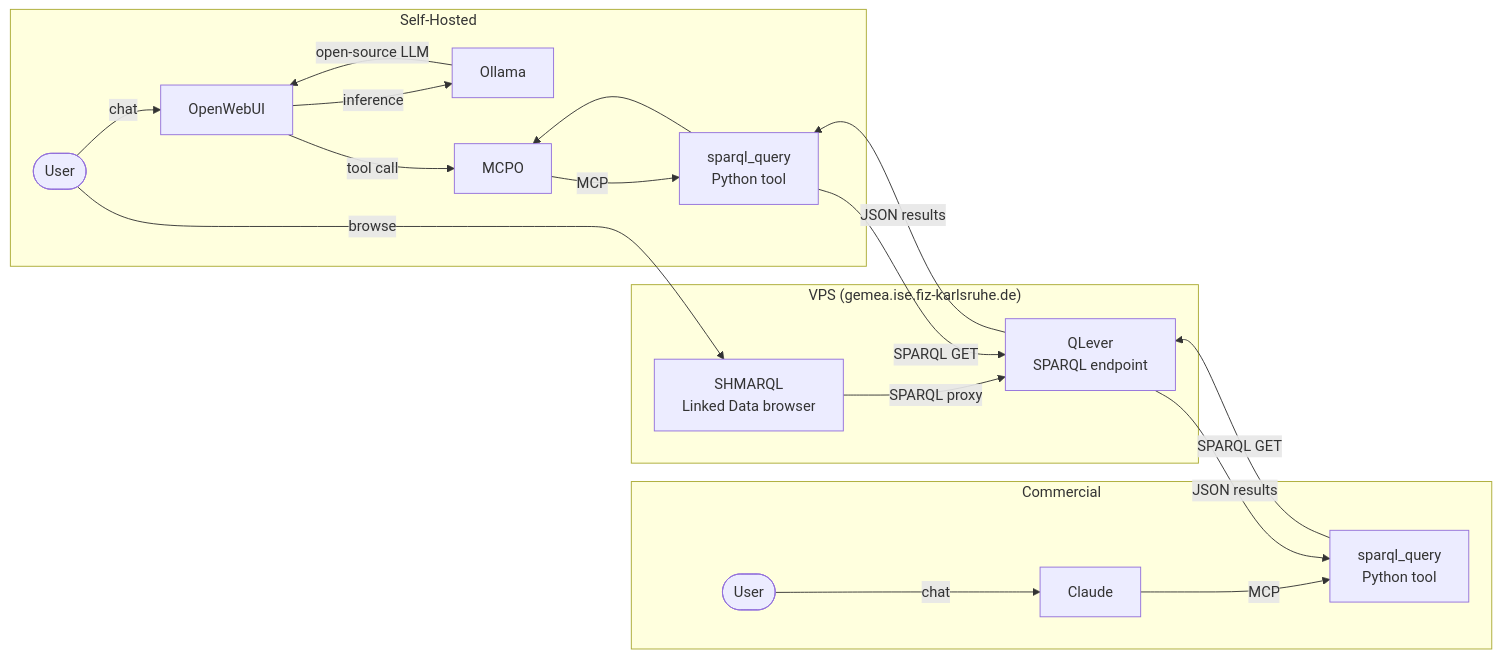
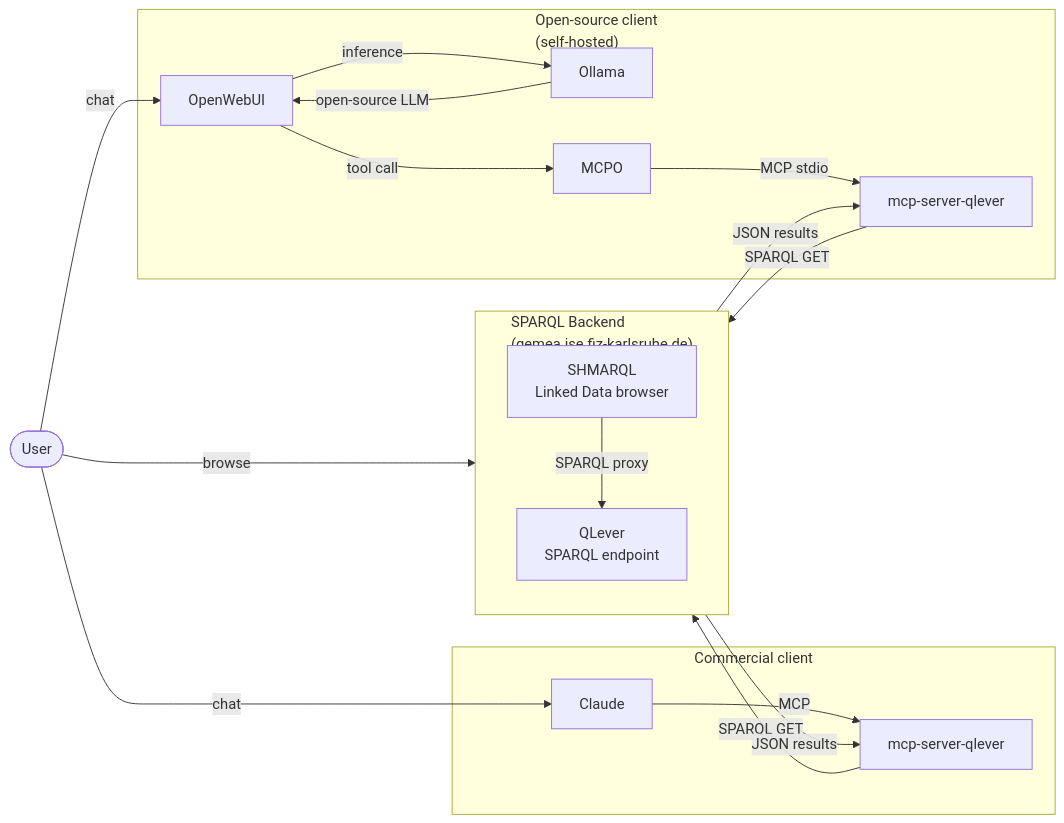
Before and after one commit to anntanp/gemea: the diagram in README.md, drawn with Mermaid. The commit also changed other lines of this file, not shown here.

Commit message:
copied .yml and setup details from https://github.com/anntanp/goethe-faust

````diff
--- a/README.md
+++ b/README.md
@@ -71,28 +72,36 @@
 ```mermaid
 flowchart LR
-    subgraph SH["Self-Hosted"]
-        User([User]) -->|chat| OW[OpenWebUI]
-        OW -->|inference| OL[Ollama]
-        OL -->|open-source LLM| OW
-        OW -->|tool call| MCPO[MCPO]
-        MCPO -->|MCP| T[sparql_query\nPython tool]
-    end
+    User([User])
 
-    subgraph CC["Commercial"]
-        UserC([User]) -->|chat| CL[Claude]
-        CL -->|MCP| TC[sparql_query\nPython tool]
-    end
-
-    subgraph VPS["VPS (gemea.ise.fiz-karlsruhe.de)"]
+    subgraph SPARQL["SPARQL Backend\n(gemea.ise.fiz-karlsruhe.de)"]
+        direction TB
         QL[QLever\nSPARQL endpoint]
         SHMARQL[SHMARQL\nLinked Data browser]
         SHMARQL -->|SPARQL proxy| QL
     end
 
+    subgraph COM["Commercial client"]
+        CL[Claude]
+        TC[mcp-server-qlever]
+        CL -->|MCP| TC
+    end
+
+    subgraph OSS["Open-source client\n(self-hosted)"]
+        OW[OpenWebUI]
+        OL[Ollama]
+        MCPO[MCPO]
+        T[mcp-server-qlever]
+        OW -->|inference| OL
+        OL -->|open-source LLM| OW
+        OW -->|tool call| MCPO
+        MCPO -->|MCP stdio| T
+    end
+
+    User -->|chat| CL
+    User -->|chat| OW
+    User -->|browse| SHMARQL
+    TC -->|SPARQL GET| QL
+    QL -->|JSON results| TC
     T -->|SPARQL GET| QL
     QL -->|JSON results| T
-    T --> MCPO
-    TC -->|SPARQL GET| QL
-    QL -->|JSON results| TC
-    User -->|browse| SHMARQL
 ```
````
